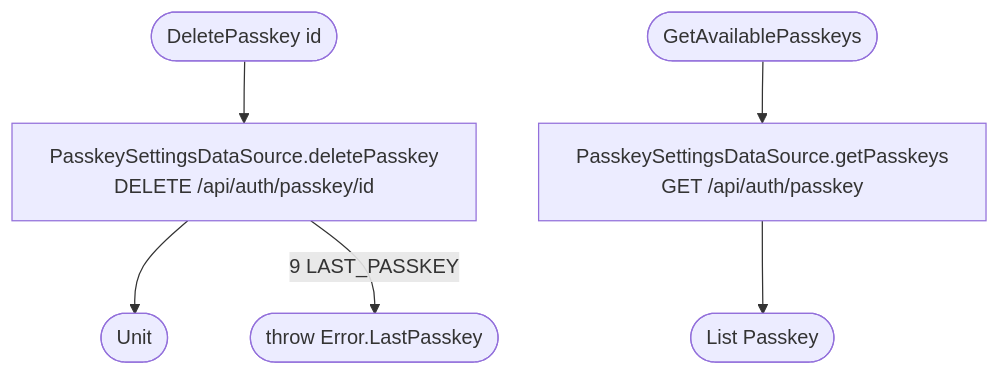
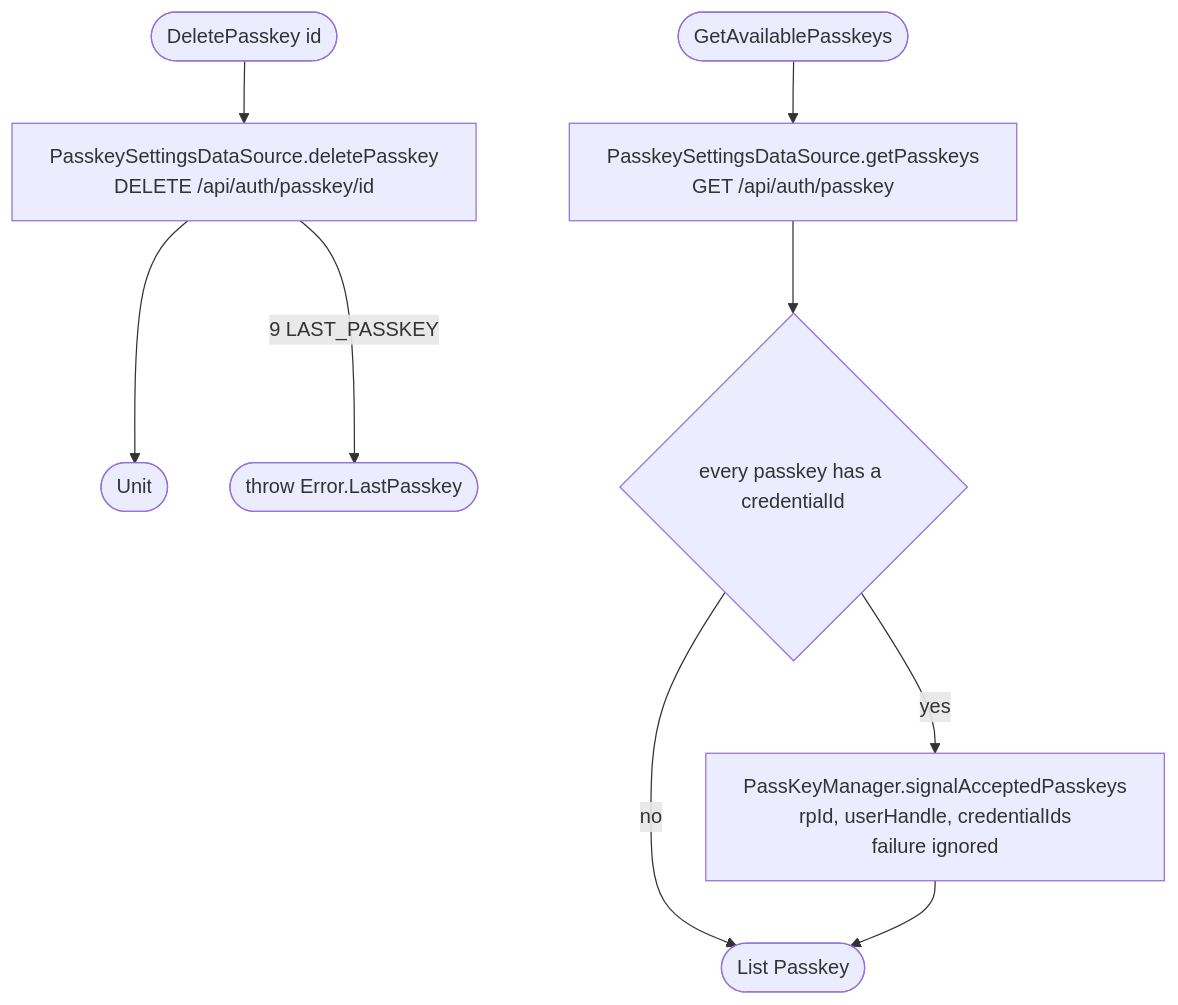
The diagram in docs/operations/settings/delete-passkey.md (nocturneproperties/bookkme-client), drawn with Mermaid before and after one commit. The commit also changed other lines of this file and 27 other files, not shown here.

First line of the commit message:
[ISSUE-211] tell the passkey provider which passkeys are gone

````diff
--- a/docs/operations/settings/delete-passkey.md
+++ b/docs/operations/settings/delete-passkey.md
@@ -10,6 +20,10 @@
 ```mermaid
 flowchart TD
     D([DeletePasskey id]) --> DN[PasskeySettingsDataSource.deletePasskey<br/>DELETE /api/auth/passkey/id] --> DR([Unit])
     DN -- 9 LAST_PASSKEY --> Last([throw Error.LastPasskey])
-    G([GetAvailablePasskeys]) --> GN[PasskeySettingsDataSource.getPasskeys<br/>GET /api/auth/passkey] --> GR([List Passkey])
+    G([GetAvailablePasskeys]) --> GN[PasskeySettingsDataSource.getPasskeys<br/>GET /api/auth/passkey]
+    GN --> Ids{every passkey has a credentialId}
+    Ids -- yes --> Sig[PassKeyManager.signalAcceptedPasskeys<br/>rpId, userHandle, credentialIds<br/>failure ignored]
+    Ids -- no --> GR([List Passkey])
+    Sig --> GR
 ```
````
